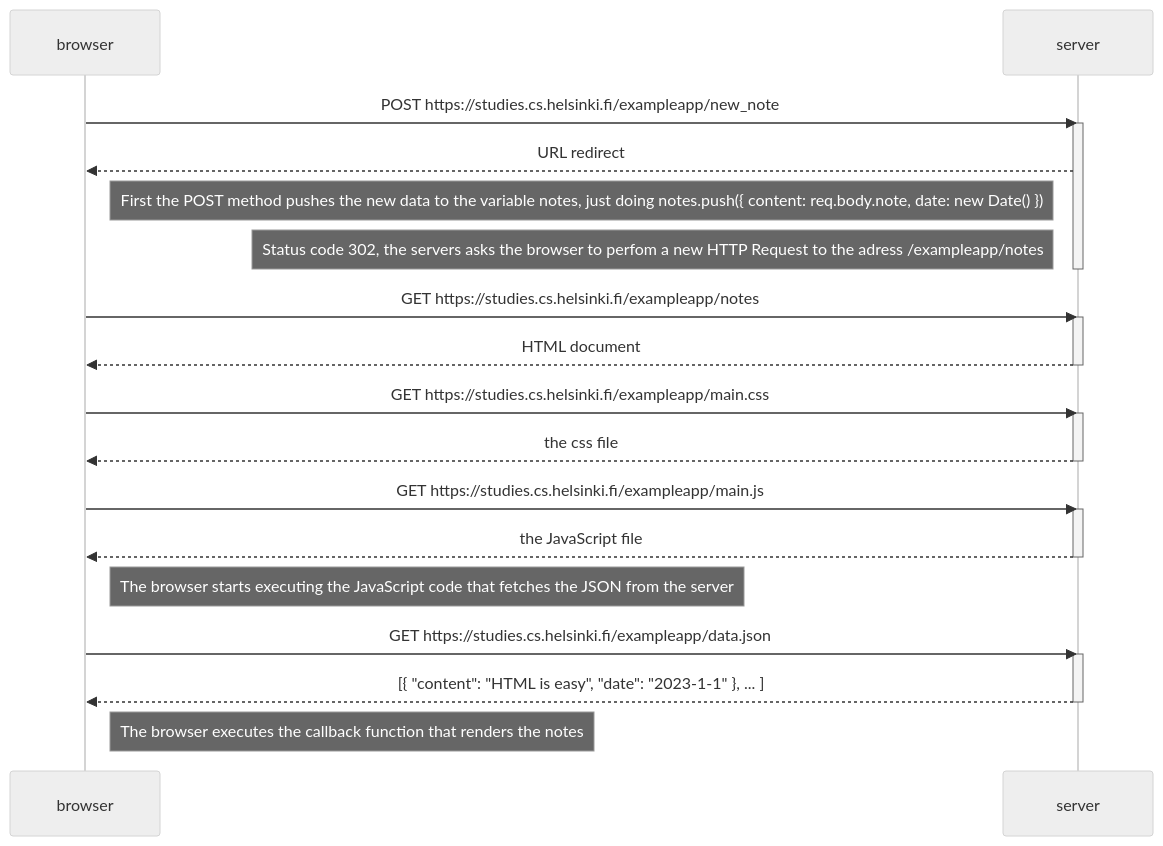
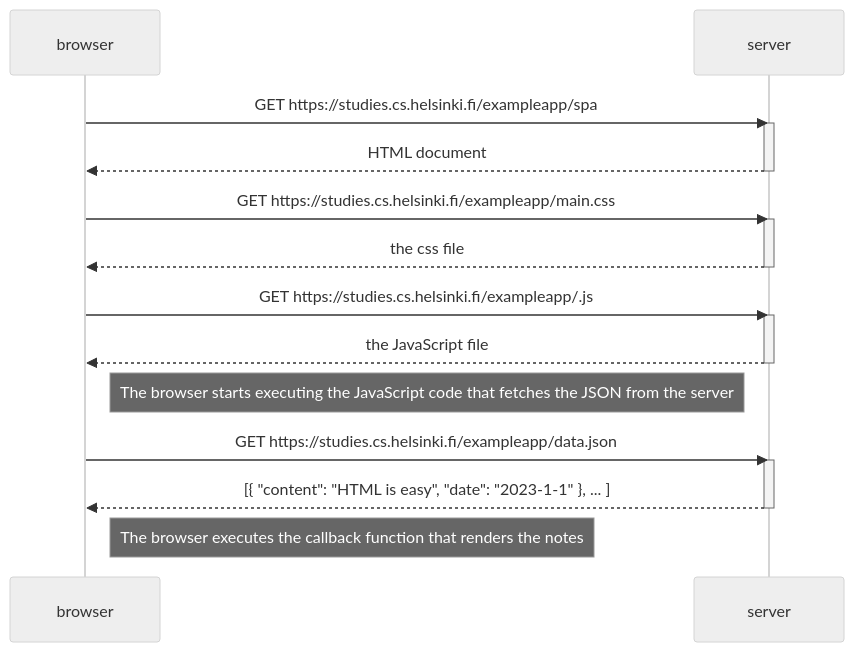
One commit to Negrodcc/FullStackExercises changed the diagram in part0/5_diagram.md. Above: the diagram before and after it, drawn with Mermaid (neutral theme). The commit also changed 1 other file, not shown here.

Commit message:
FIX: typos on the name's files

````diff
--- a/part0/5_diagram.md
+++ b/part0/5_diagram.md
@@ -1,37 +1,29 @@
 ```mermaid
 sequenceDiagram
     participant browser
     participant server
 
-    browser->>server: POST https://studies.cs.helsinki.fi/exampleapp/new_note
-    activate server
-    server-->>browser: URL redirect
-    Note left of server: First the POST method pushes the new data to the variable notes, just doing notes.push({ content: req.body.note, date: new Date() })
-    Note left of server: Status code 302, the servers asks the browser to perfom a new HTTP Request to the adress /exampleapp/notes 
-
-    deactivate server
-
-    browser->>server: GET https://studies.cs.helsinki.fi/exampleapp/notes
+    browser->>server: GET https://studies.cs.helsinki.fi/exampleapp/spa
     activate server
     server-->>browser: HTML document
     deactivate server
 
     browser->>server: GET https://studies.cs.helsinki.fi/exampleapp/main.css
     activate server
     server-->>browser: the css file
     deactivate server
 
-    browser->>server: GET https://studies.cs.helsinki.fi/exampleapp/main.js
+    browser->>server: GET https://studies.cs.helsinki.fi/exampleapp/.js
     activate server
     server-->>browser: the JavaScript file
     deactivate server
 
     Note right of browser: The browser starts executing the JavaScript code that fetches the JSON from the server
 
     browser->>server: GET https://studies.cs.helsinki.fi/exampleapp/data.json
     activate server
     server-->>browser: [{ "content": "HTML is easy", "date": "2023-1-1" }, ... ]
     deactivate server
 
     Note right of browser: The browser executes the callback function that renders the notes
 ```
````
